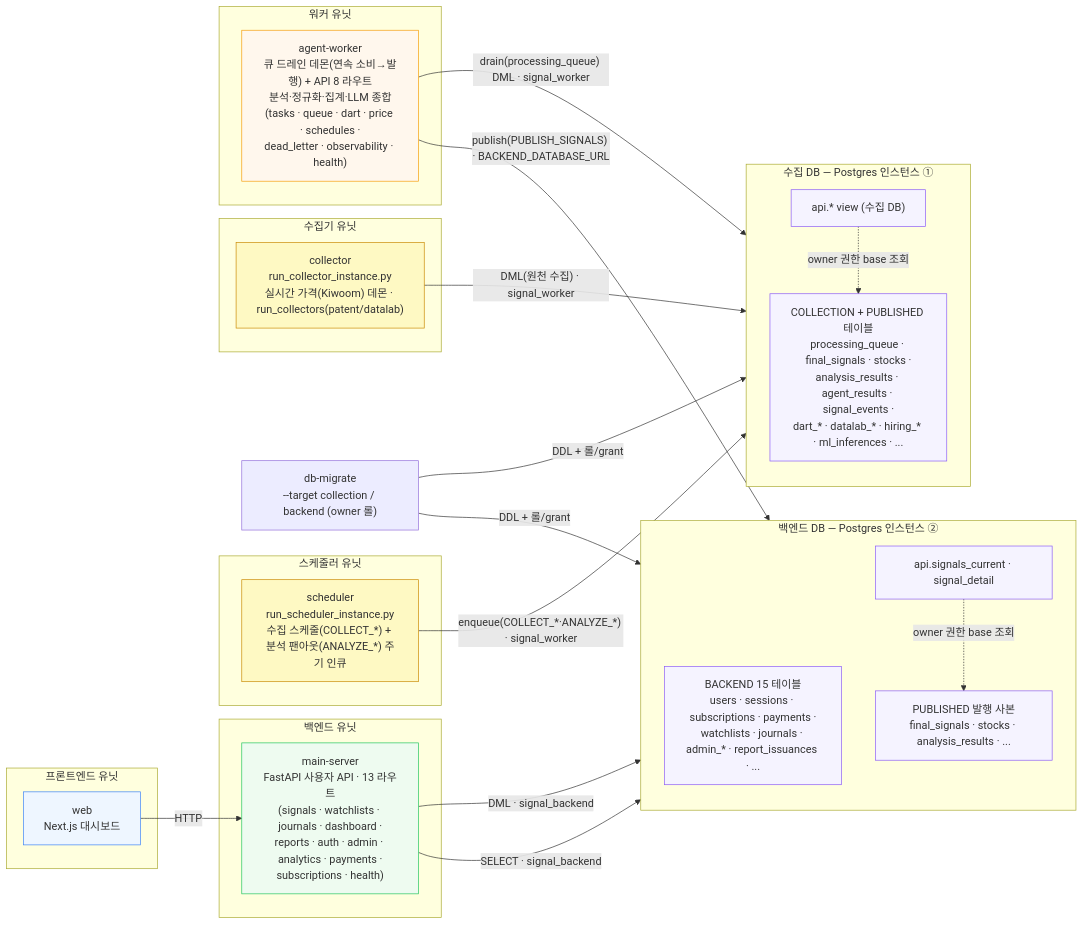
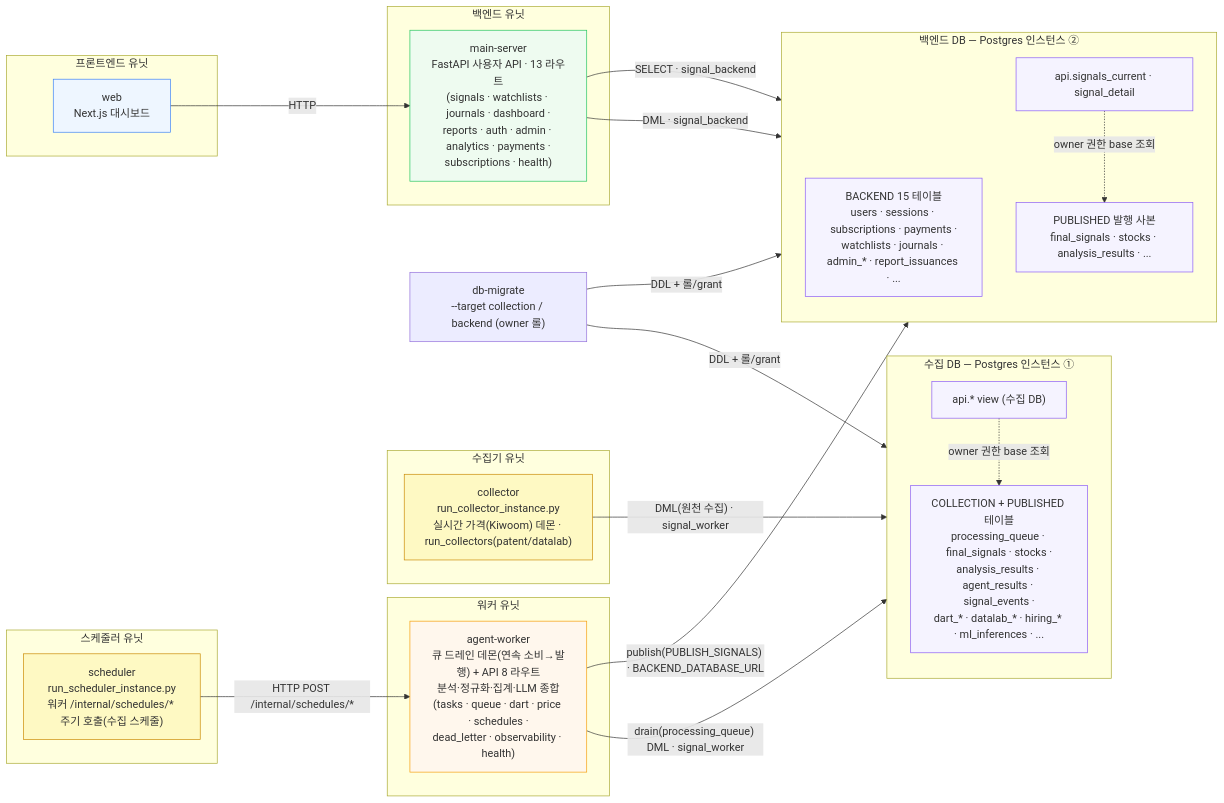
The first of 3 diagrams in docs/architecture-diagram.md (AIX14-3/signal-alpha), drawn with Mermaid before and after one commit. The commit also changed other lines of this file and 2 other files, not shown here.

Commit message:
feat(scheduler): run_scheduler_instance 를 팀 HTTP 엔드포인트 모델로 정렬
팀 스케줄러 경계(docs/runbooks/agent-pipeline-schedule.md: "스케줄러는 로직 없이 워커
엔드포인트만 호출")에 맞춰, DB 직접 인큐 + enqueue_stock_pipeline 팬아웃을 제거하고
httpx 로 POST /internal/schedules/{dart,report}/collect 를 주기 호출하도록 변경.
인큐분은 워커 드레인 데몬이 수집 체인을 이어서 소비. WORKER_BASE_URL 설정 가능.
architecture(-diagram).md 의 스케줄러 서술(팬아웃→HTTP 수집 호출)도 정합화.

````diff
--- a/docs/architecture-diagram.md
+++ b/docs/architecture-diagram.md
@@ -15,60 +15,60 @@
 ```mermaid
 flowchart LR
     subgraph FE["프론트엔드 유닛"]
         web["web<br/>Next.js 대시보드"]
     end
 
     subgraph BE["백엔드 유닛"]
         ms["main-server<br/>FastAPI 사용자 API · 13 라우트<br/>(signals · watchlists · journals · dashboard ·<br/>reports · auth · admin · analytics · payments ·<br/>subscriptions · health)"]
     end
 
     subgraph SCH["스케줄러 유닛"]
-        sch["scheduler<br/>run_scheduler_instance.py<br/>수집 스케줄(COLLECT_*) + 분석 팬아웃(ANALYZE_*) 주기 인큐"]
+        sch["scheduler<br/>run_scheduler_instance.py<br/>워커 /internal/schedules/* 주기 호출(수집 스케줄)"]
     end
 
     subgraph COL["수집기 유닛"]
         col["collector<br/>run_collector_instance.py<br/>실시간 가격(Kiwoom) 데몬 · run_collectors(patent/datalab)"]
     end
 
     subgraph WK["워커 유닛"]
         aw["agent-worker<br/>큐 드레인 데몬(연속 소비→발행) + API 8 라우트<br/>분석·정규화·집계·LLM 종합<br/>(tasks · queue · dart · price · schedules ·<br/>dead_letter · observability · health)"]
     end
 
     subgraph CDB["수집 DB — Postgres 인스턴스 ①"]
         direction TB
         cwt["COLLECTION + PUBLISHED 테이블<br/>processing_queue · final_signals · stocks ·<br/>analysis_results · agent_results · signal_events ·<br/>dart_* · datalab_* · hiring_* · ml_inferences · ..."]
         cv["api.* view (수집 DB)"]
         cv -. "owner 권한 base 조회" .-> cwt
     end
 
     subgraph BDB["백엔드 DB — Postgres 인스턴스 ②"]
         direction TB
         bt["BACKEND 15 테이블<br/>users · sessions · subscriptions · payments ·<br/>watchlists · journals · admin_* · report_issuances · ..."]
         bpub["PUBLISHED 발행 사본<br/>final_signals · stocks · analysis_results · ..."]
         bv["api.signals_current · signal_detail"]
         bv -. "owner 권한 base 조회" .-> bpub
     end
 
     mig["db-migrate<br/>--target collection / backend (owner 롤)"]
 
     web -- HTTP --> ms
     ms -- "SELECT · signal_backend" --> bv
     ms -- "DML · signal_backend" --> bt
-    sch -- "enqueue(COLLECT_*·ANALYZE_*) · signal_worker" --> cwt
+    sch -- "HTTP POST /internal/schedules/*" --> aw
     col -- "DML(원천 수집) · signal_worker" --> cwt
     aw -- "drain(processing_queue) DML · signal_worker" --> cwt
     aw -- "publish(PUBLISH_SIGNALS) · BACKEND_DATABASE_URL" --> bpub
     mig -- "DDL + 롤/grant" --> CDB
     mig -- "DDL + 롤/grant" --> BDB
 
     classDef fe fill:#eef6ff,stroke:#3b82f6;
     classDef be fill:#eefbf0,stroke:#22c55e;
     classDef wk fill:#fff7ed,stroke:#f59e0b;
     classDef sd fill:#fef9c3,stroke:#ca8a04;
     classDef db fill:#f5f3ff,stroke:#8b5cf6;
     class web fe;
     class ms be;
     class aw wk;
     class col,sch sd;
     class cwt,cv,bt,bpub,bv db;
 ```
````
